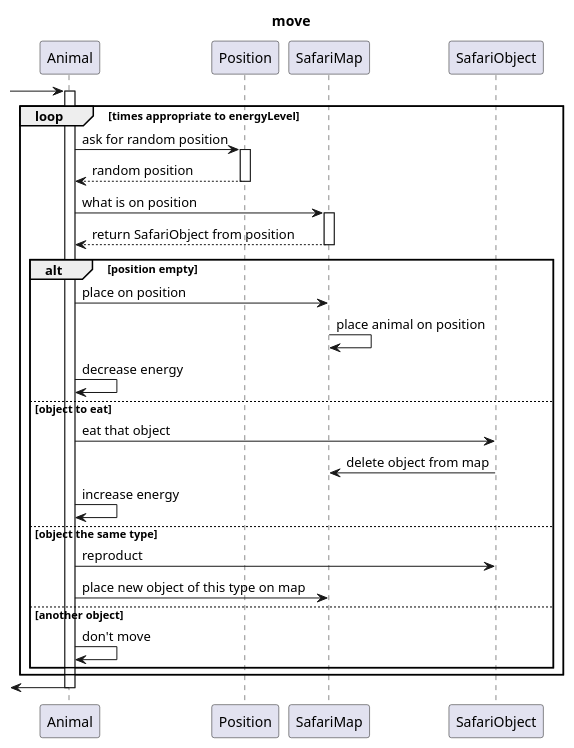
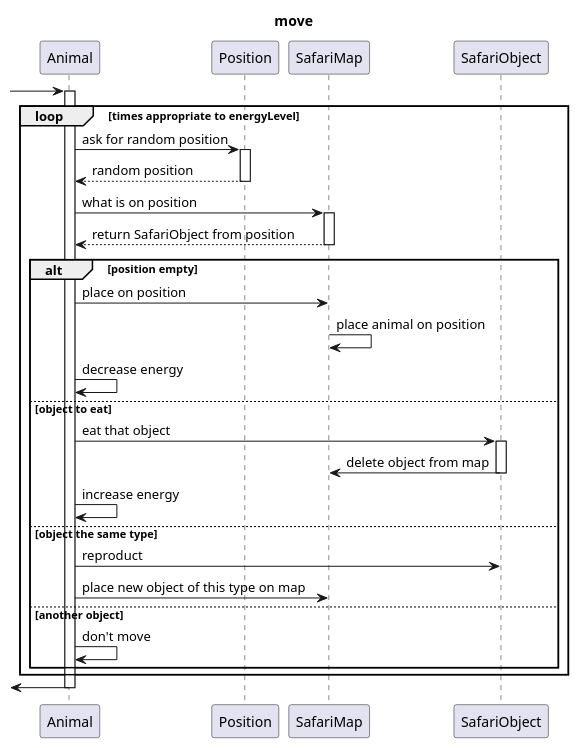
One commit to Karolina606/Safari changed the diagram in src/main/sequenceDIagramMove.puml. Above: the diagram before and after it, drawn with PlantUML. The commit also changed 2 other files, not shown here.

Commit message:
correct sequence diagrams

```diff
--- a/src/main/sequenceDIagramMove.puml
+++ b/src/main/sequenceDIagramMove.puml
@@ -1,35 +1,37 @@
 @startuml
 title move
 -> Animal
 activate Animal
 loop times appropriate to energyLevel
     Animal -> Position: ask for random position
     activate Position
     Position --> Animal: random position
     deactivate Position
 
     Animal -> SafariMap: what is on position
     activate SafariMap
     SafariMap --> Animal: return SafariObject from position
     deactivate SafariMap
 
     alt position empty
         Animal -> SafariMap: place on position
         SafariMap -> SafariMap: place animal on position
         Animal -> Animal: decrease energy
     else object to eat
         Animal -> SafariObject: eat that object
+        activate SafariObject
         SafariObject -> SafariMap: delete object from map
+        deactivate SafariObject
         Animal -> Animal: increase energy
     else object the same type
         Animal -> SafariObject: reproduct
         Animal -> SafariMap: place new object of this type on map
     else another object
         Animal -> Animal: don't move
     end
 
 end
 
 <- Animal
 deactivate Animal
 @enduml
```
